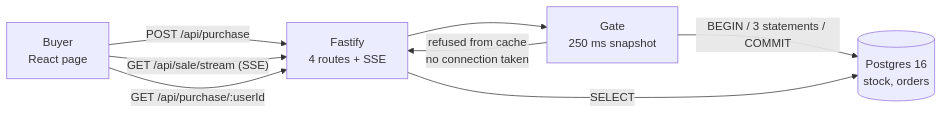
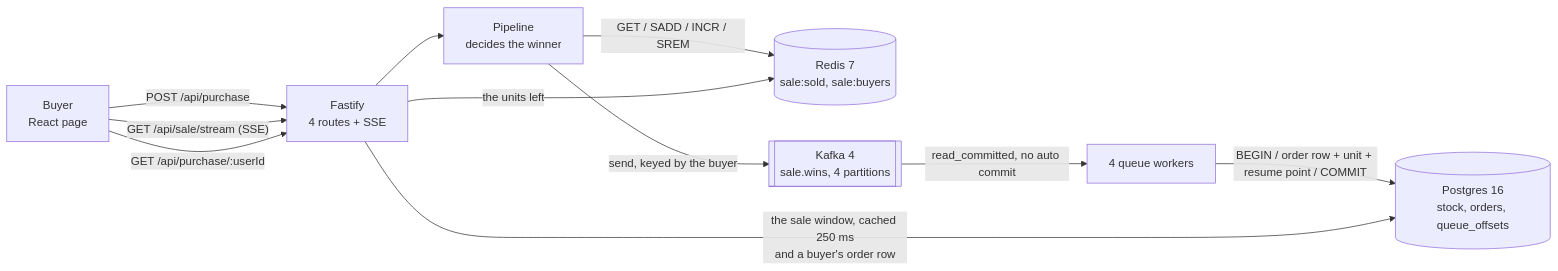
The diagram in README.md (fairyhunter13/flash-sale), drawn with Mermaid before and after one commit. The commit also changed other lines of this file and 7 other files, not shown here.

````diff
--- a/README.md
+++ b/README.md
@@ -74,15 +79,21 @@
 ```mermaid
 flowchart LR
     B["Buyer<br/>React page"]
     F["Fastify<br/>4 routes + SSE"]
-    G["Gate<br/>250 ms snapshot"]
-    P[("Postgres 16<br/>stock, orders")]
+    PL["Pipeline<br/>decides the winner"]
+    R[("Redis 7<br/>sale:sold, sale:buyers")]
+    K[["Kafka 4<br/>sale.wins, 4 partitions"]]
+    W["4 queue workers"]
+    P[("Postgres 16<br/>stock, orders, queue_offsets")]
 
     B -- "POST /api/purchase" --> F
     B -- "GET /api/sale/stream (SSE)" --> F
     B -- "GET /api/purchase/:userId" --> F
-    F --> G
-    G -- "refused from cache<br/>no connection taken" --> F
-    G -- "BEGIN / 3 statements / COMMIT" --> P
-    F -- "SELECT" --> P
+    F --> PL
+    PL -- "GET / SADD / INCR / SREM" --> R
+    PL -- "send, keyed by the buyer" --> K
+    K -- "read_committed, no auto commit" --> W
+    W -- "BEGIN / order row + unit + resume point / COMMIT" --> P
+    F -- "the units left" --> R
+    F -- "the sale window, cached 250 ms<br/>and a buyer's order row" --> P
 ```
````
